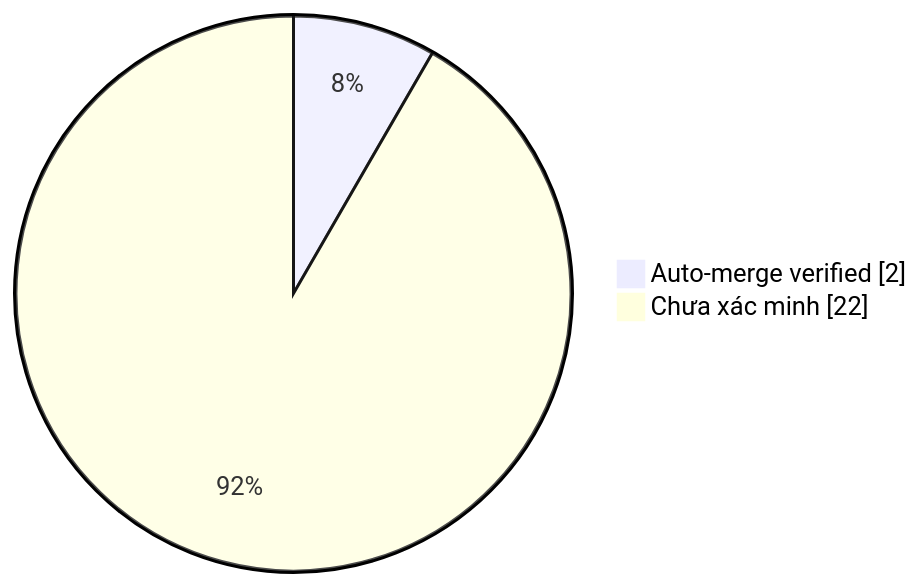
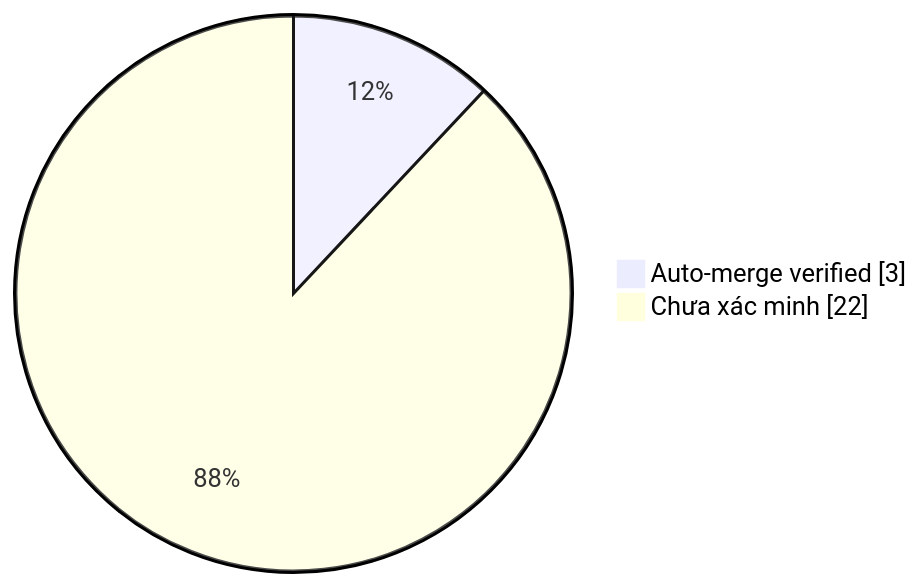
Before and after one commit to duykhang68/tetdinhmuiblog: the diagram in collector.md, drawn with Mermaid. The commit also changed other lines of this file and 1 other file, not shown here.

Commit message:
docs(collector): update auto-merge evidence dashboard [skip ci]

````diff
--- a/collector.md
+++ b/collector.md
@@ -22,5 +22,5 @@
 ```mermaid
 pie showData
-    "Auto-merge verified" : 2
+    "Auto-merge verified" : 3
     "Chưa xác minh" : 22
 ```
````
